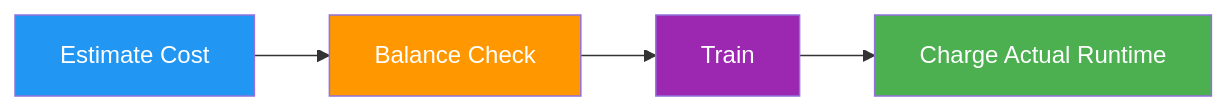
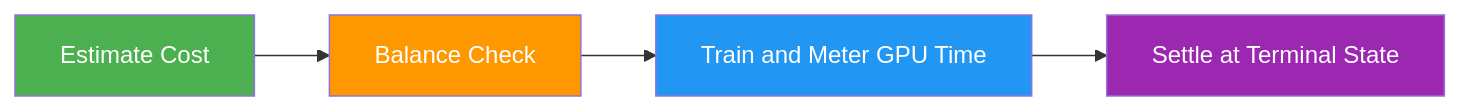
The third of 3 diagrams in ultralytics/docs/en/platform/train/cloud-training.md (KATe-AGI/Embodied_VG), drawn with Mermaid before and after one commit. The commit also changed other lines of this file and 980 other files, not shown here.

````diff
--- a/ultralytics/docs/en/platform/train/cloud-training.md
+++ b/ultralytics/docs/en/platform/train/cloud-training.md
@@ -309,11 +358,11 @@
 ```mermaid
 graph LR
-    A[Estimate Cost] --> B[Balance Check]
-    B --> C[Train]
-    C --> D[Charge Actual Runtime]
+    A[Estimate Cost]:::start --> B[Balance Check]:::decide
+    B --> C[Train and Meter GPU Time]:::proc
+    C --> D[Settle at Terminal State]:::out
 
-    style A fill:#2196F3,color:#fff
-    style B fill:#FF9800,color:#fff
-    style C fill:#9C27B0,color:#fff
-    style D fill:#4CAF50,color:#fff
+    classDef start fill:#4CAF50,color:#fff
+    classDef proc fill:#2196F3,color:#fff
+    classDef decide fill:#FF9800,color:#fff
+    classDef out fill:#9C27B0,color:#fff
 ```
````
